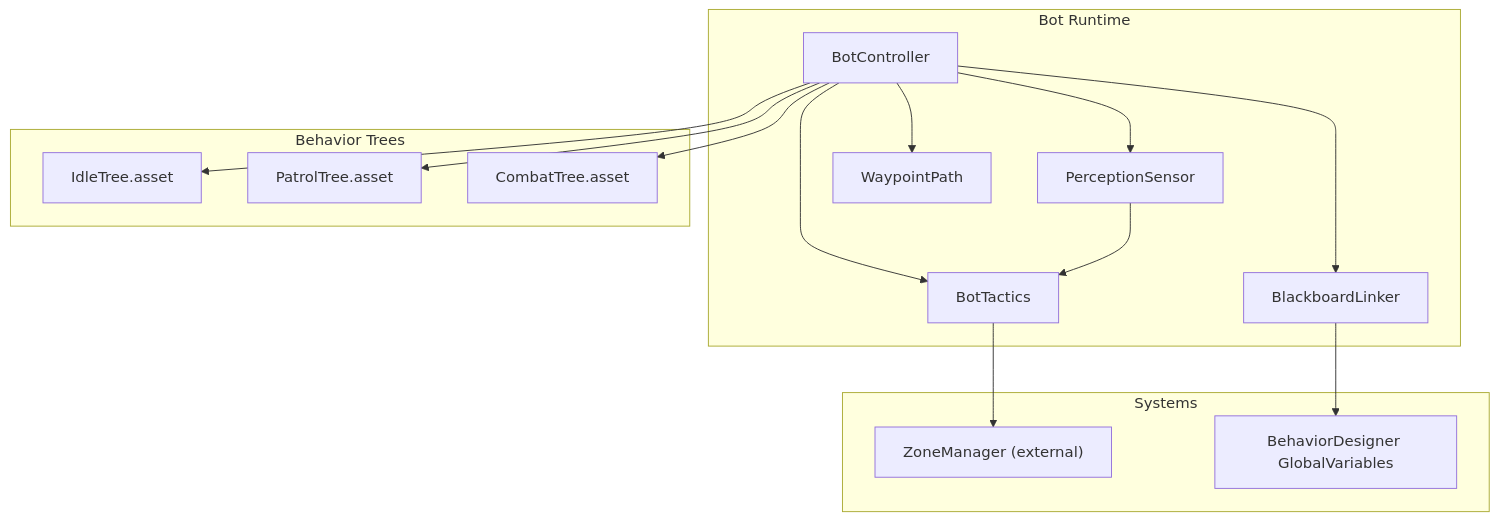
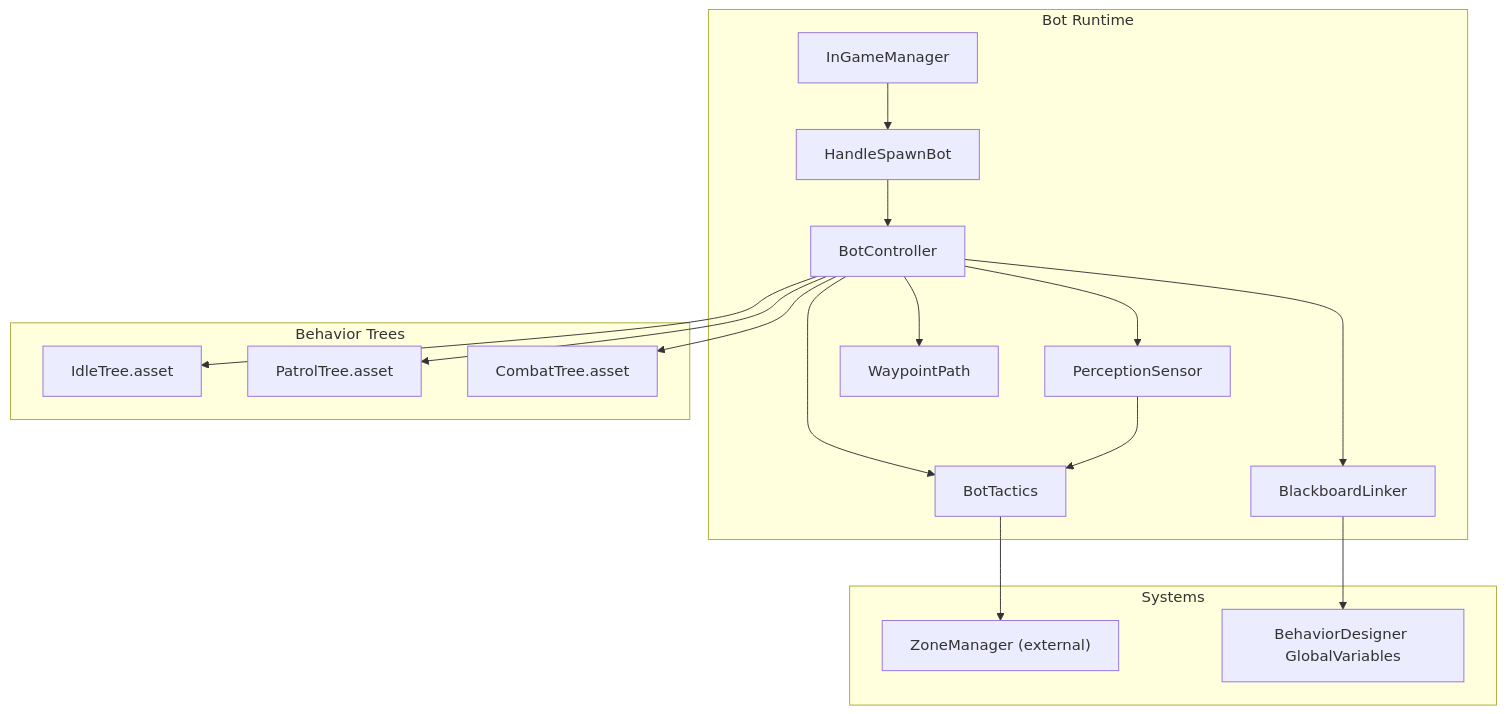
Before and after one commit to kandeng/openclaw_battle_game: the first of 9 diagrams in .qoder/repowiki/en/content/AI Bot System/AI Bot System.md, drawn with Mermaid. The commit also changed other lines of this file and 20 other files, not shown here.

````diff
--- a/.qoder/repowiki/en/content/AI Bot System/AI Bot System.md
+++ b/.qoder/repowiki/en/content/AI Bot System/AI Bot System.md
@@ -42,29 +53,33 @@
 ```mermaid
 graph TB
 subgraph "Bot Runtime"
 BC["BotController"]
 PS["PerceptionSensor"]
 BL["BlackboardLinker"]
 TT["BotTactics"]
 WP["WaypointPath"]
+HSB["HandleSpawnBot"]
+IGM["InGameManager"]
 end
 subgraph "Behavior Trees"
 ID["IdleTree.asset"]
 PT["PatrolTree.asset"]
 CT["CombatTree.asset"]
 end
 subgraph "Systems"
 ZM["ZoneManager (external)"]
 BDGV["BehaviorDesigner GlobalVariables"]
 end
+IGM --> HSB
+HSB --> BC
 BC --> PS
 BC --> BL
 BC --> TT
 BC --> WP
 BC --> ID
 BC --> PT
 BC --> CT
 BL --> BDGV
 TT --> ZM
 PS --> TT
 ```
````
